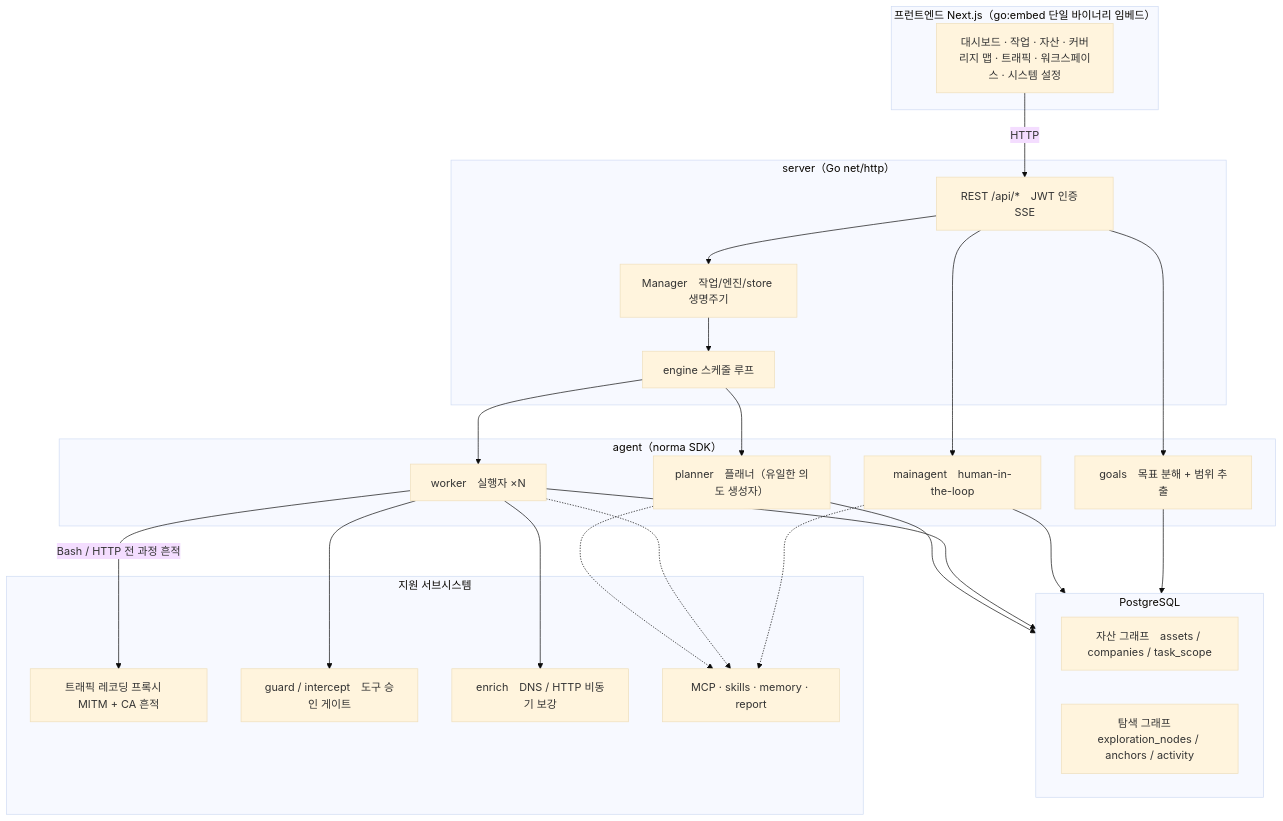
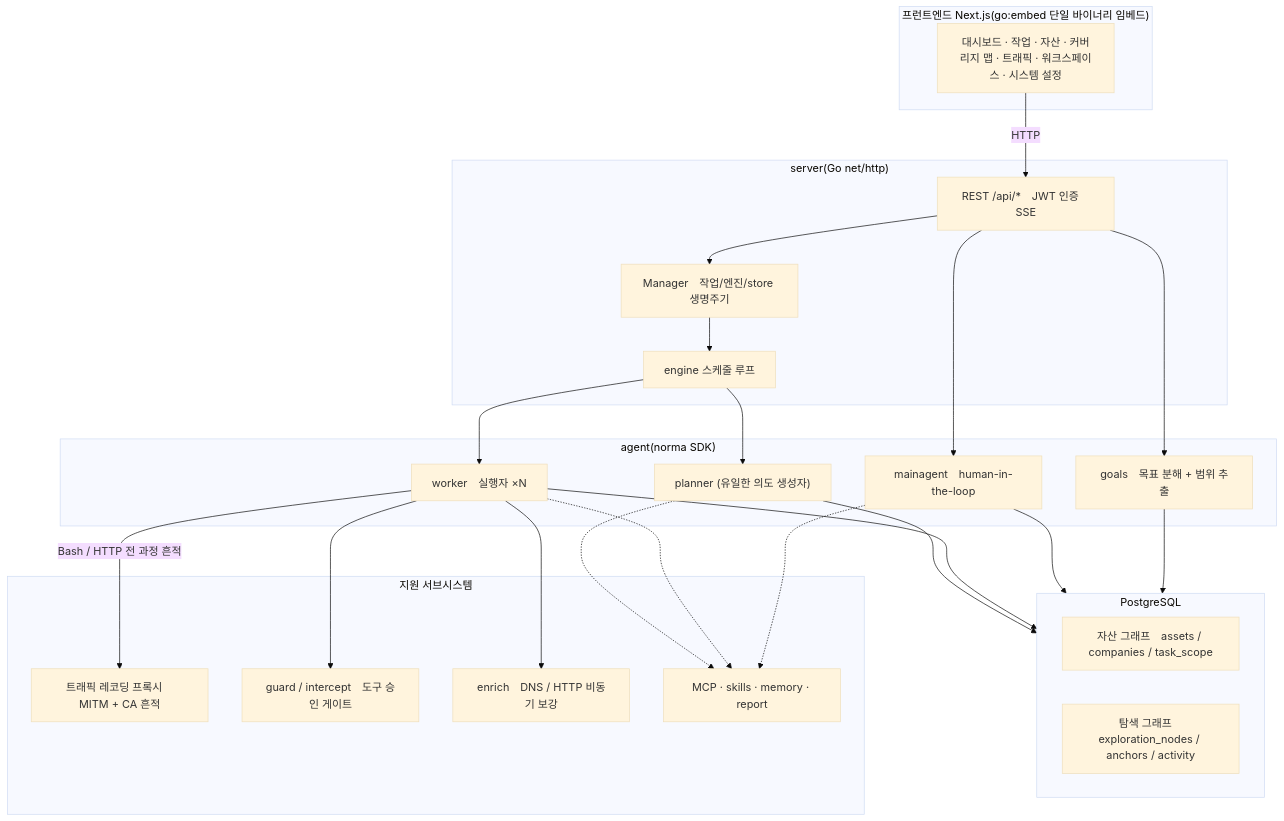
The first of 5 diagrams in README.ko.md (Doyoun510/ARTEX_ko), drawn with Mermaid (base theme) before and after one commit. The commit also changed other lines of this file and 26 other files, not shown here.

````diff
--- a/README.ko.md
+++ b/README.ko.md
@@ -295,44 +295,44 @@
 ```mermaid
 flowchart TB
-  subgraph FE["프런트엔드 Next.js（go:embed 단일 바이너리 임베드）"]
+  subgraph FE["프런트엔드 Next.js(go:embed 단일 바이너리 임베드)"]
     UI["대시보드 · 작업 · 자산 · 커버리지 맵 · 트래픽 · 워크스페이스 · 시스템 설정"]
   end
-  subgraph SRV["server（Go net/http）"]
+  subgraph SRV["server(Go net/http)"]
     API["REST /api/*　JWT 인증　SSE"]
     ENG["engine 스케줄 루프"]
     MGR["Manager　작업/엔진/store 생명주기"]
   end
-  subgraph AG["agent（norma SDK）"]
+  subgraph AG["agent(norma SDK)"]
     GO["goals　목표 분해 + 범위 추출"]
-    PL["planner　플래너（유일한 의도 생성자）"]
+    PL["planner (유일한 의도 생성자)"]
     WK["worker　실행자 ×N"]
     MA["mainagent　human-in-the-loop"]
   end
   subgraph DB["PostgreSQL"]
     AGRAPH["자산 그래프　assets / companies / task_scope"]
     EGRAPH["탐색 그래프　exploration_nodes / anchors / activity"]
   end
   subgraph SUB["지원 서브시스템"]
     PROXY["트래픽 레코딩 프록시　MITM + CA 흔적"]
     GUARD["guard / intercept　도구 승인 게이트"]
     ENR["enrich　DNS / HTTP 비동기 보강"]
     EXT["MCP · skills · memory · report"]
   end
 
   UI -->|HTTP| API
   API --> MGR --> ENG
   ENG --> PL
   ENG --> WK
   API --> MA
   API --> GO
   PL --> DB
   WK --> DB
   MA --> DB
   GO --> DB
   WK -->|"Bash / HTTP 전 과정 흔적"| PROXY
   WK --> GUARD
   WK --> ENR
   PL -.-> EXT
   WK -.-> EXT
   MA -.-> EXT
 ```
````
